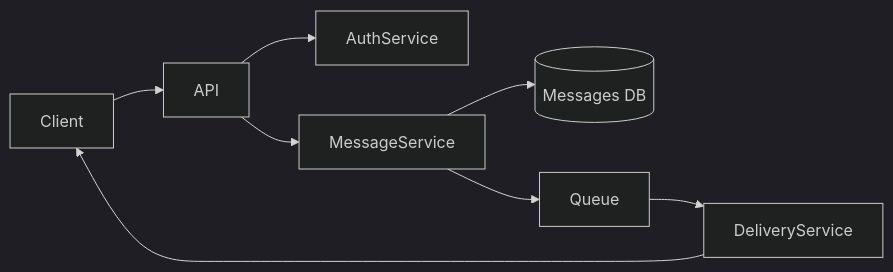
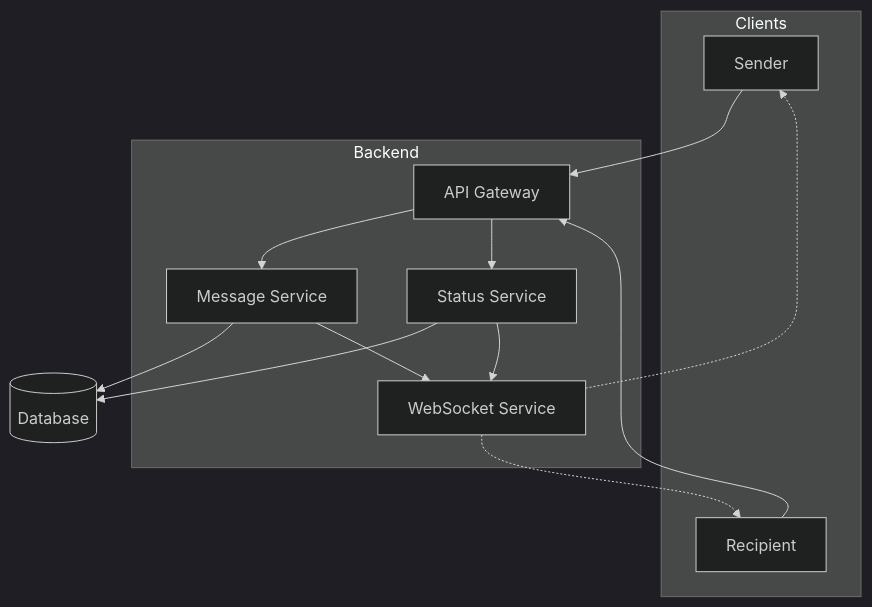
The first of 3 diagrams in lab1/main.md (Artem-KAI/Software-Design-and-Documentation), drawn with Mermaid (dark theme) before and after one commit. The commit also changed other lines of this file, not shown here.

````diff
--- a/lab1/main.md
+++ b/lab1/main.md
@@ -34,10 +32,31 @@
 ```mermaid
-graph LR
-  Client --> API
-  API --> AuthService
-  API --> MessageService
-  MessageService --> DB[(Messages DB)]
-  MessageService --> Queue
-  Queue --> DeliveryService
-  DeliveryService --> Client
+graph TD
+    subgraph Clients
+        ClientA[Sender]
+        ClientB[Recipient]
+    end
+
+    subgraph Backend
+        API[API Gateway]
+        MS[Message Service]
+        SS[Status Service]
+        WS[WebSocket Service]
+    end
+
+    DB[(Database)]
+
+    ClientA --> API
+    ClientB --> API
+    
+    API --> MS
+    API --> SS
+    
+    MS --> DB
+    SS --> DB
+    
+    MS --> WS
+    SS --> WS
+    
+    WS -.-> ClientB
+    WS -.-> ClientA
 ```
````
